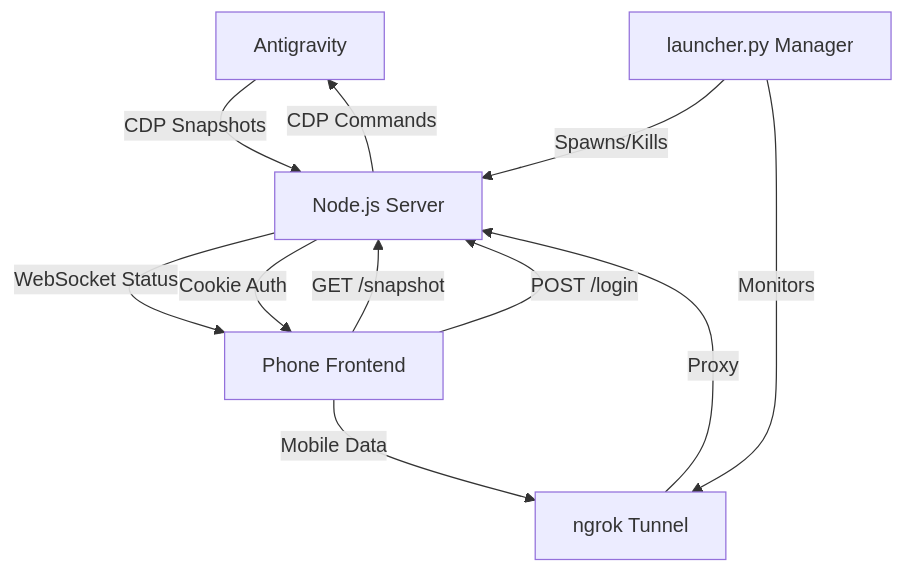
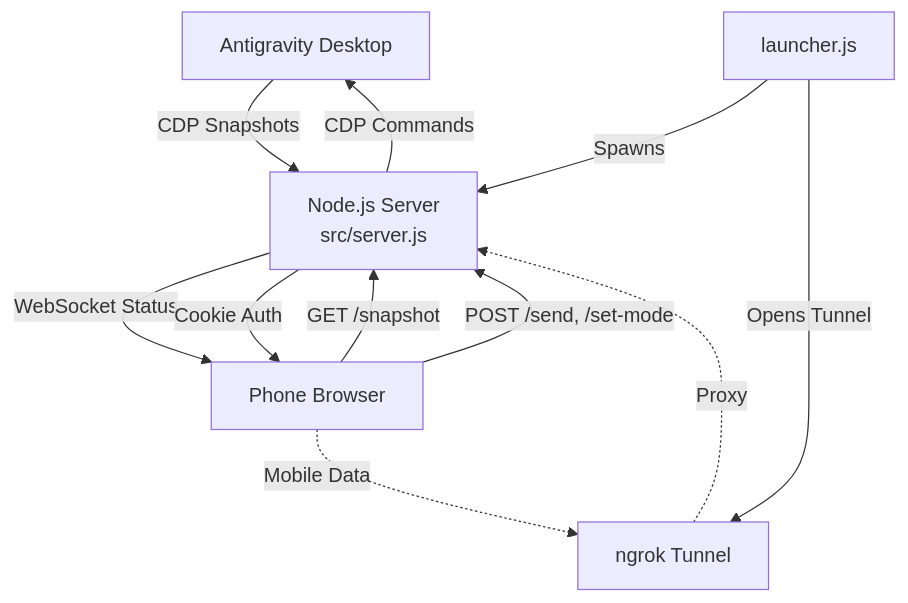
Before and after one commit to StealthIQ/OmniAntigravityRemoteChat: the diagram in docs/CODE_DOCUMENTATION.md, drawn with Mermaid. The commit also changed other lines of this file and 7 other files, not shown here.

````diff
--- a/docs/CODE_DOCUMENTATION.md
+++ b/docs/CODE_DOCUMENTATION.md
@@ -36,13 +50,13 @@
 ```mermaid
 graph TD
-    AG[Antigravity] -- CDP Snapshots --> S[Node.js Server]
-    S -- WebSocket Status --> P[Phone Frontend]
+    AG[Antigravity Desktop] -- CDP Snapshots --> S[Node.js Server<br>src/server.js]
+    S -- WebSocket Status --> P[Phone Browser]
     P -- GET /snapshot --> S
-    P -- POST /login --> S
+    P -- POST /send, /set-mode --> S
     S -- Cookie Auth --> P
-    T[ngrok Tunnel] -- Proxy --> S
-    P[Phone Frontend] -- Mobile Data --> T
     S -- CDP Commands --> AG
-    PY[launcher.py Manager] -- Spawns/Kills --> S
-    PY -- Monitors --> T
+    T[ngrok Tunnel] -. Proxy .-> S
+    P -. Mobile Data .-> T
+    L[launcher.js] -- Spawns --> S
+    L -- Opens Tunnel --> T
 ```
````
